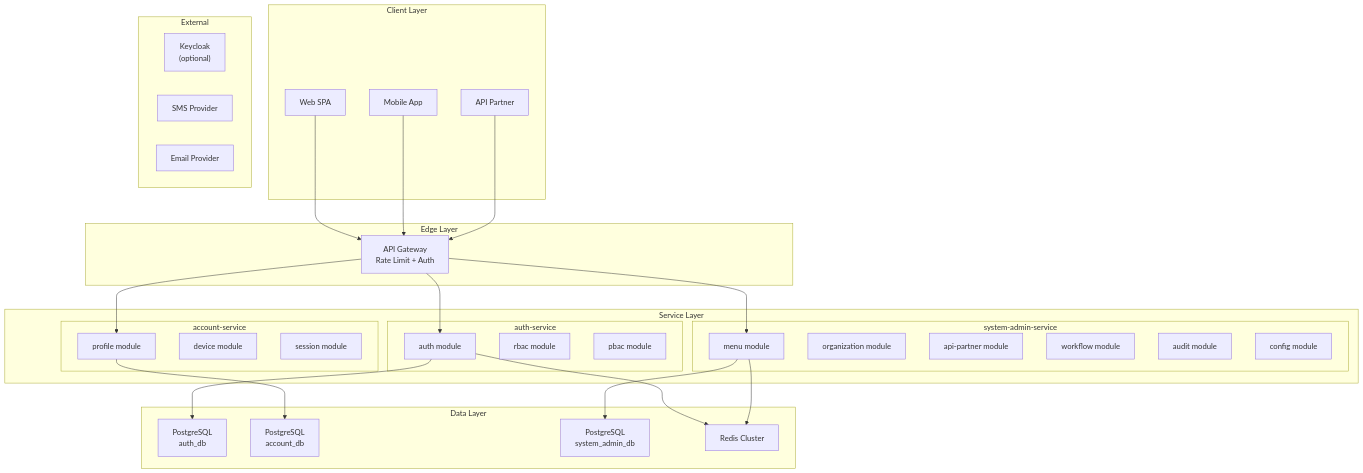
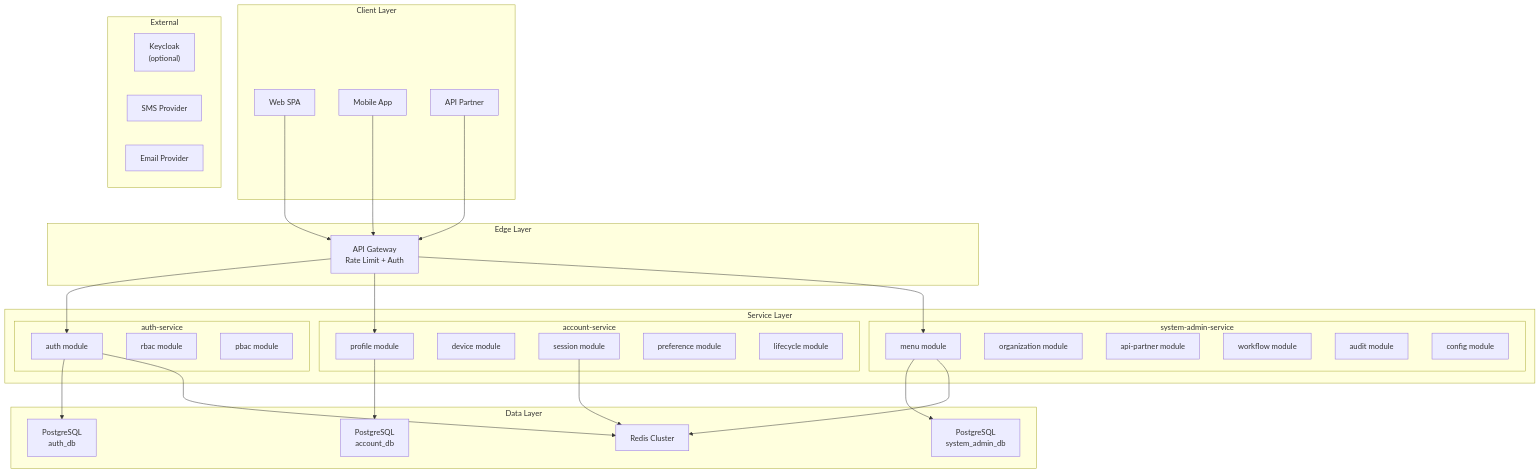
Before and after one commit to nguyentthai96/auth-service: the first of 8 diagrams in openspec/research/erp-iam-system/technical_spec.md, drawn with Mermaid. The commit also changed other lines of this file and 320 other files, not shown here.

````diff
--- a/openspec/research/erp-iam-system/technical_spec.md
+++ b/openspec/research/erp-iam-system/technical_spec.md
@@ -11,59 +11,62 @@
 ```mermaid
 graph TB
     subgraph "Client Layer"
         WEB["Web SPA"]
         MOBILE["Mobile App"]
         PARTNER["API Partner"]
     end
 
     subgraph "Edge Layer"
         GW["API Gateway<br/>Rate Limit + Auth"]
     end
 
     subgraph "Service Layer"
         subgraph "auth-service"
             A_AUTH["auth module"]
             A_RBAC["rbac module"]
             A_PBAC["pbac module"]
         end
         subgraph "account-service"
             B_PROF["profile module"]
             B_DEV["device module"]
             B_SES["session module"]
+            B_PREF["preference module"]
+            B_LIFE["lifecycle module"]
         end
         subgraph "system-admin-service"
             C_MENU["menu module"]
             C_ORG["organization module"]
             C_API["api-partner module"]
             C_WF["workflow module"]
             C_AUDIT["audit module"]
             C_CONF["config module"]
         end
     end
 
     subgraph "Data Layer"
         DB_AUTH["PostgreSQL<br/>auth_db"]
         DB_ACC["PostgreSQL<br/>account_db"]
         DB_SYS["PostgreSQL<br/>system_admin_db"]
         REDIS["Redis Cluster"]
     end
 
     subgraph "External"
         KC["Keycloak<br/>(optional)"]
         SMS["SMS Provider"]
         EMAIL["Email Provider"]
     end
 
     WEB --> GW
     MOBILE --> GW
     PARTNER --> GW
     GW --> A_AUTH
     GW --> B_PROF
     GW --> C_MENU
 
     A_AUTH --> DB_AUTH
     A_AUTH --> REDIS
     B_PROF --> DB_ACC
+    B_SES --> REDIS
     C_MENU --> DB_SYS
     C_MENU --> REDIS
 ```
````
